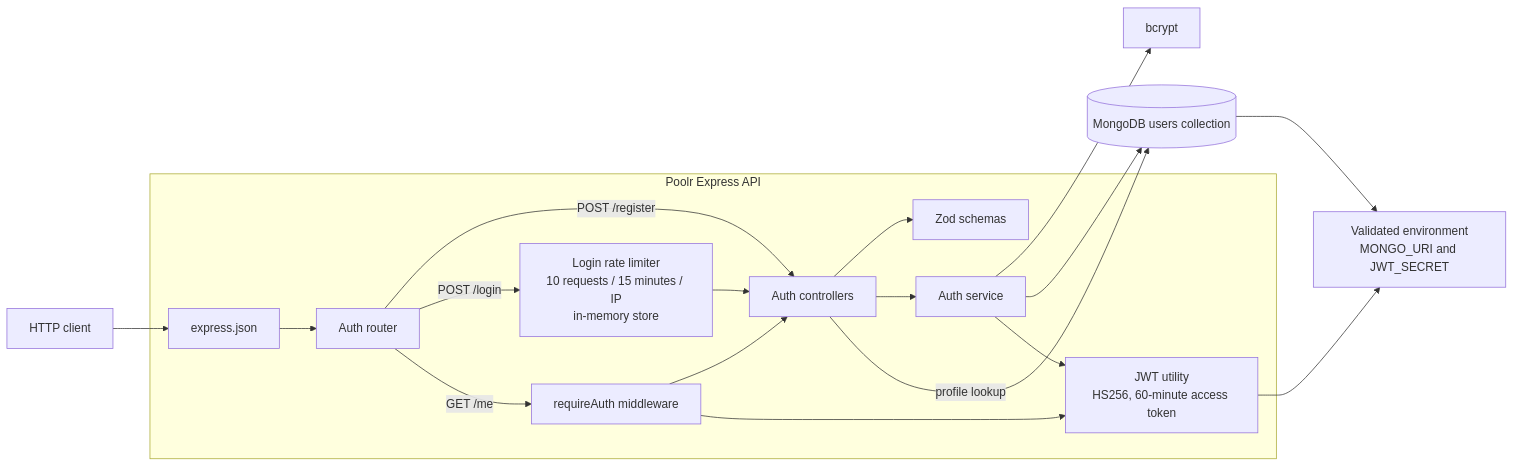
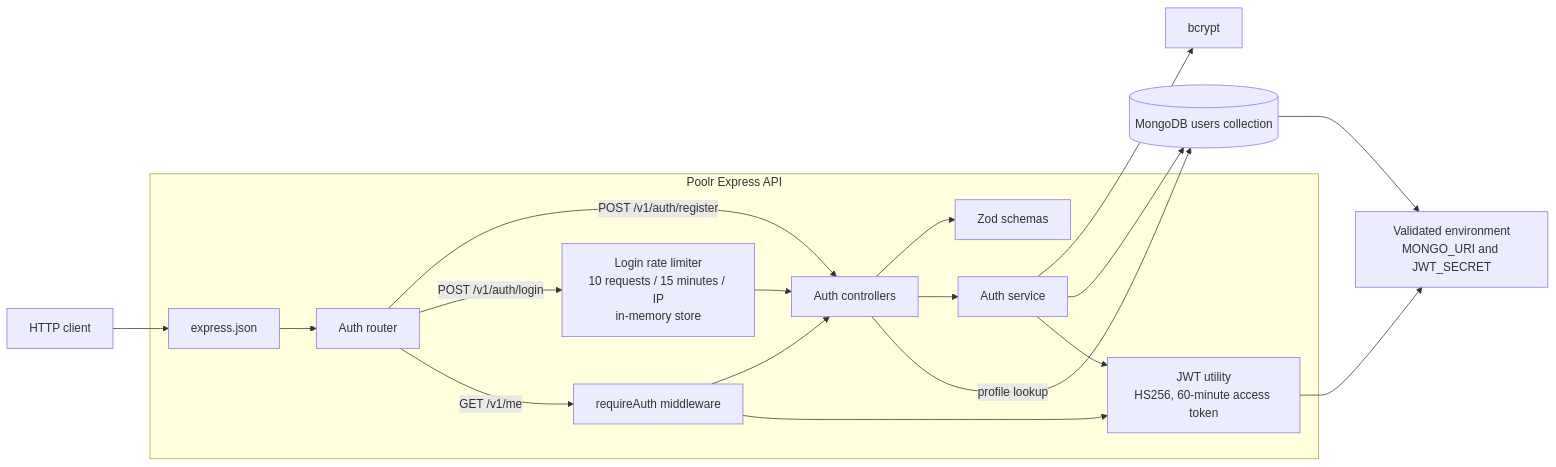
Before and after one commit to Rithvik911/Poolr: the first of 4 diagrams in docs/architecture/authentication.md, drawn with Mermaid. The commit also changed other lines of this file and 29 other files, not shown here.

````diff
--- a/docs/architecture/authentication.md
+++ b/docs/architecture/authentication.md
@@ -7,33 +7,33 @@
 ```mermaid
 flowchart LR
     Client[HTTP client]
 
     subgraph API[Poolr Express API]
         JSON[express.json]
         Router[Auth router]
         LoginLimit[Login rate limiter\n10 requests / 15 minutes / IP\nin-memory store]
         AuthGuard[requireAuth middleware]
         Controller[Auth controllers]
         Validator[Zod schemas]
         Service[Auth service]
         JWT[JWT utility\nHS256, 60-minute access token]
     end
 
     Bcrypt[bcrypt]
     Mongo[(MongoDB users collection)]
     Env[Validated environment\nMONGO_URI and JWT_SECRET]
 
     Client --> JSON --> Router
-    Router -->|POST /register| Controller
-    Router -->|POST /login| LoginLimit --> Controller
-    Router -->|GET /me| AuthGuard --> Controller
+    Router -->|POST /v1/auth/register| Controller
+    Router -->|POST /v1/auth/login| LoginLimit --> Controller
+    Router -->|GET /v1/me| AuthGuard --> Controller
     Controller --> Validator
     Controller --> Service
     Controller -->|profile lookup| Mongo
     Service --> Bcrypt
     Service --> Mongo
     Service --> JWT
     AuthGuard --> JWT
     JWT --> Env
     Mongo --> Env
 ```
````
